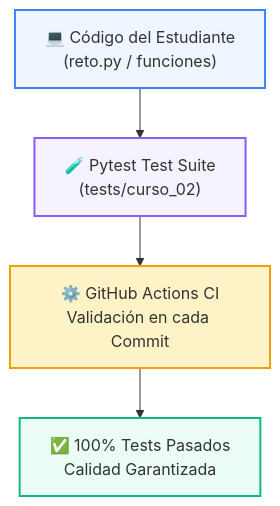
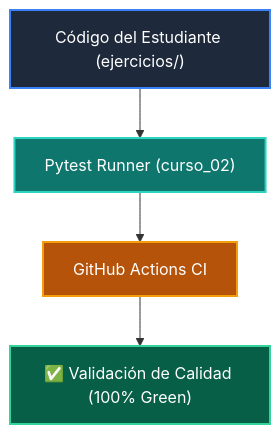
One commit to wisrovi/wisrovi-python changed the diagram in tests/curso_02/README.md. Above: the diagram before and after it, drawn with Mermaid. The commit also changed other lines of this file and 271 other files, not shown here.

Commit message:
docs: rewrite all README.md files with bespoke topic-specific Mermaid diagrams and remove repetitive boilerplate

````diff
--- a/tests/curso_02/README.md
+++ b/tests/curso_02/README.md
@@ -10,11 +9,11 @@
 ```mermaid
 flowchart TD
-    DEV["💻 Código del Estudiante<br/>(reto.py / funciones)"] --> PYTEST["🧪 Pytest Test Suite<br/>(tests/curso_02)"]
-    PYTEST --> CI["⚙️ GitHub Actions CI<br/>Validación en cada Commit"]
-    CI --> PASS["✅ 100% Tests Pasados<br/>Calidad Garantizada"]
+    CODE["Código del Estudiante (ejercicios/)"] --> PYTEST["Pytest Runner (curso_02)"]
+    PYTEST --> CI["GitHub Actions CI"]
+    CI --> PASS["✅ Validación de Calidad (100% Green)"]
 
-    style DEV fill:#eff6ff,stroke:#3b82f6,stroke-width:2px
-    style PYTEST fill:#f5f3ff,stroke:#8b5cf6,stroke-width:2px
-    style CI fill:#fef3c7,stroke:#f59e0b,stroke-width:2px
-    style PASS fill:#ecfdf5,stroke:#10b981,stroke-width:2px
+    style CODE fill:#1e293b,color:#fff,stroke:#3b82f6,stroke-width:2px
+    style PYTEST fill:#0f766e,color:#fff,stroke:#2dd4bf,stroke-width:2px
+    style CI fill:#b45309,color:#fff,stroke:#f59e0b,stroke-width:2px
+    style PASS fill:#065f46,color:#fff,stroke:#34d399,stroke-width:2px
 ```
````
